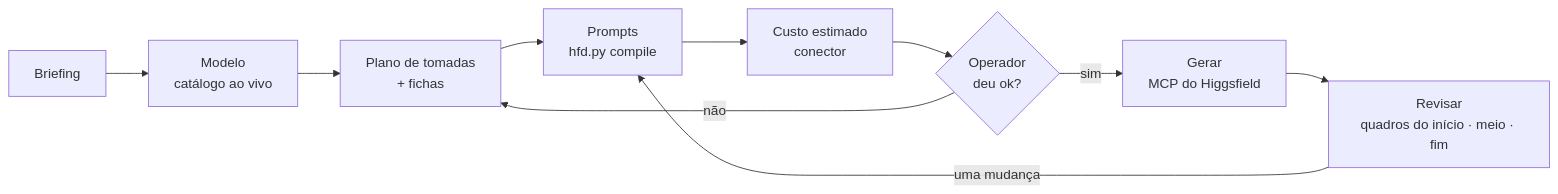
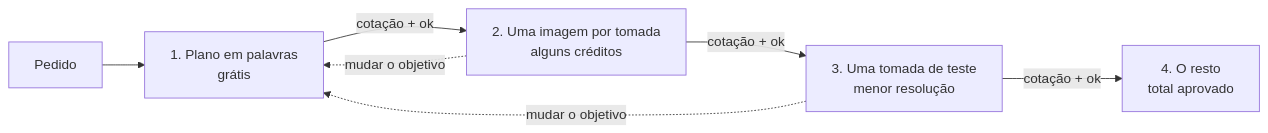
The second of 2 diagrams in README.pt-BR.md (rniedson/higgsfield-director-pro-skill), drawn with Mermaid before and after one commit. The commit also changed other lines of this file and 18 other files, not shown here.

````diff
--- a/README.pt-BR.md
+++ b/README.pt-BR.md
@@ -226,12 +257,9 @@
 ```mermaid
 flowchart LR
-    A[Briefing] --> B[Modelo<br/>catálogo ao vivo]
-    B --> C[Plano de tomadas<br/>+ fichas]
-    C --> D[Prompts<br/>hfd.py compile]
-    D --> E[Custo estimado<br/>conector]
-    E --> F{Operador<br/>deu ok?}
-    F -- sim --> G[Gerar<br/>MCP do Higgsfield]
-    F -- não --> C
-    G --> H[Revisar<br/>quadros do início · meio · fim]
-    H -- uma mudança --> D
+    A[Pedido] --> B[1. Plano em palavras<br/>grátis]
+    B -->|cotação + ok| C[2. Uma imagem por tomada<br/>alguns créditos]
+    C -->|cotação + ok| D[3. Uma tomada de teste<br/>menor resolução]
+    D -->|cotação + ok| E[4. O resto<br/>total aprovado]
+    C -. mudar o objetivo .-> B
+    D -. mudar o objetivo .-> B
 ```
````
